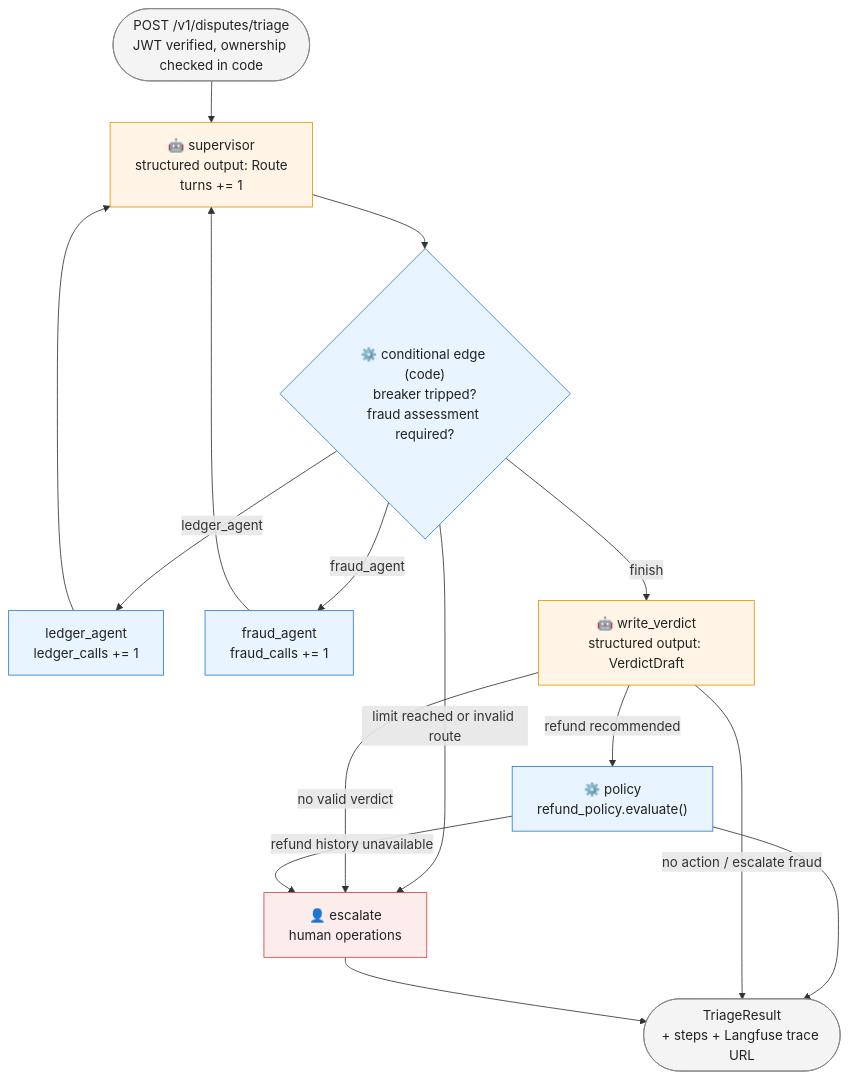
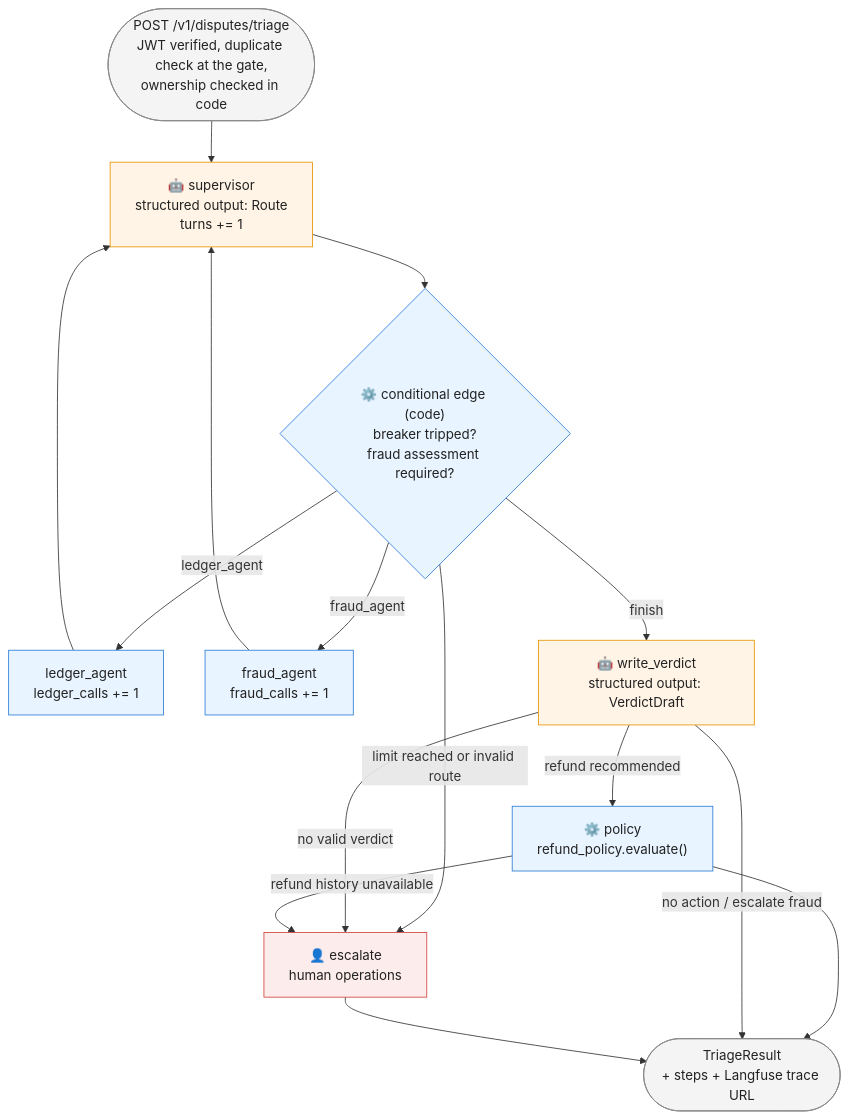
Before and after one commit to mangeleth/nequi-bank-agent-demo: the second of 4 diagrams in README.md, drawn with Mermaid. The commit also changed other lines of this file and 17 other files, not shown here.

````diff
--- a/README.md
+++ b/README.md
@@ -15,32 +68,32 @@
 ```mermaid
 flowchart TD
-    start(["POST /v1/disputes/triage<br/>JWT verified, ownership checked in code"])
+    start(["POST /v1/disputes/triage<br/>JWT verified, duplicate check at the gate,<br/>ownership checked in code"])
     supervisor["🤖 supervisor<br/>structured output: Route<br/>turns += 1"]
     edge{"⚙️ conditional edge (code)<br/>breaker tripped?<br/>fraud assessment required?"}
     ledger["ledger_agent<br/>ledger_calls += 1"]
     fraud["fraud_agent<br/>fraud_calls += 1"]
     verdict["🤖 write_verdict<br/>structured output: VerdictDraft"]
     policy["⚙️ policy<br/>refund_policy.evaluate()"]
     escalate["👤 escalate<br/>human operations"]
     done(["TriageResult<br/>+ steps + Langfuse trace URL"])
 
     start --> supervisor --> edge
     edge -- "ledger_agent" --> ledger --> supervisor
     edge -- "fraud_agent" --> fraud --> supervisor
     edge -- "finish" --> verdict
     edge -- "limit reached or invalid route" --> escalate
     verdict -- "refund recommended" --> policy --> done
     verdict -- "no action / escalate fraud" --> done
     verdict -- "no valid verdict" --> escalate
     policy -- "refund history unavailable" --> escalate
     escalate --> done
 
     classDef llm fill:#fff4e5,stroke:#e69500,color:#222
     classDef det fill:#e8f4ff,stroke:#2b7bd6,color:#222
     classDef data fill:#f4f4f4,stroke:#888,color:#222
     classDef review fill:#fdecec,stroke:#d0453f,color:#222
     class supervisor,verdict llm
     class edge,policy,ledger,fraud det
     class start,done data
     class escalate review
 ```
````
